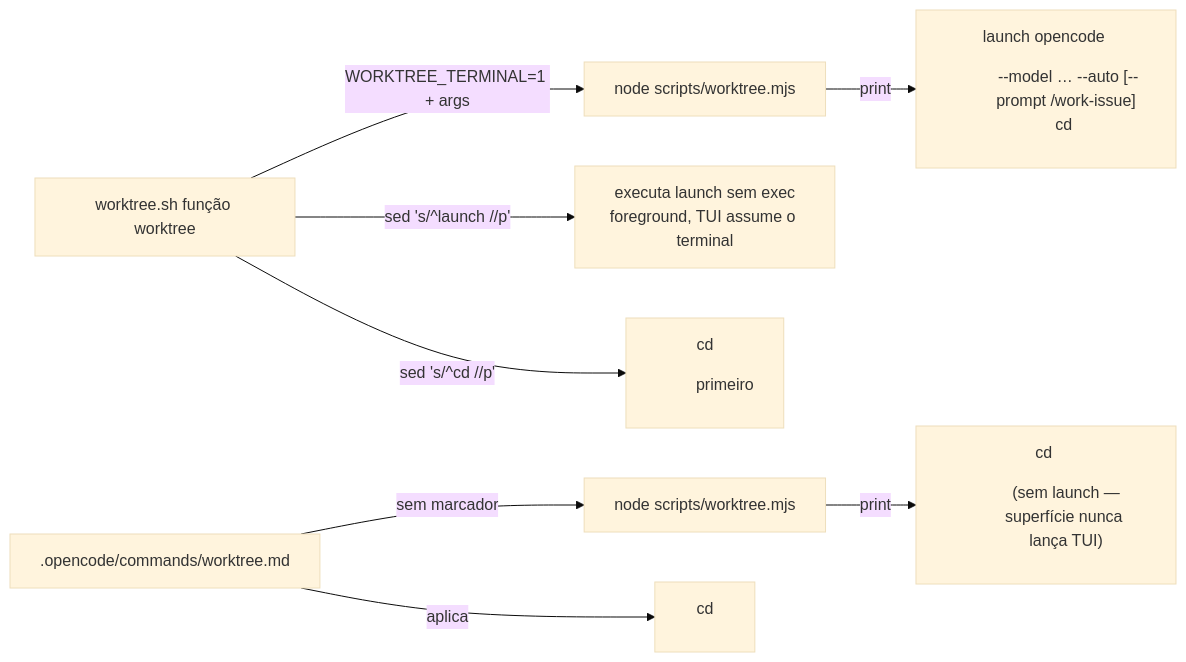
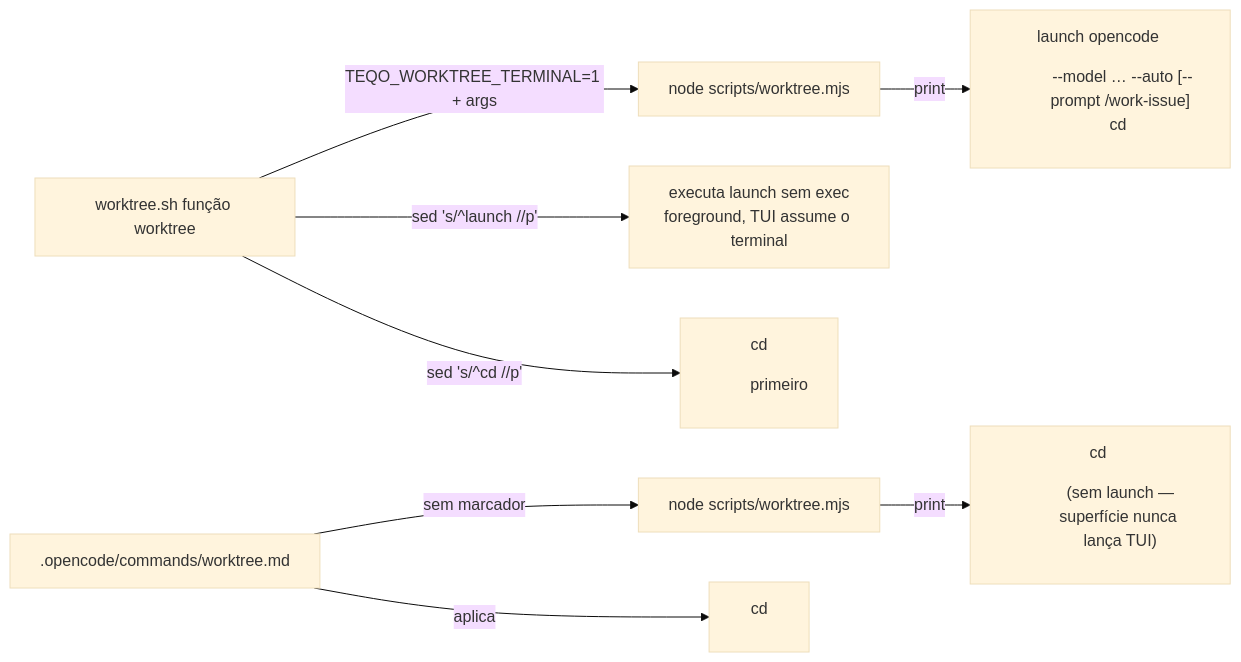
The diagram in docs/plans/worktree-go-abre-opencode-com-presets-impl.md (fsolla/teqo), drawn with Mermaid (base theme) before and after one commit. The commit also changed other lines of this file and 10 other files, not shown here.

````diff
--- a/docs/plans/worktree-go-abre-opencode-com-presets-impl.md
+++ b/docs/plans/worktree-go-abre-opencode-com-presets-impl.md
@@ -17,10 +17,10 @@
 ```mermaid
 flowchart LR
-  S[worktree.sh função worktree] -->|WORKTREE_TERMINAL=1 + args| N[node scripts/worktree.mjs]
+  S[worktree.sh função worktree] -->|TEQO_WORKTREE_TERMINAL=1 + args| N[node scripts/worktree.mjs]
   N -->|print| CD["launch opencode <dir> --model … --auto [--prompt /work-issue]<br/>cd <dir>"]
   S -->|sed 's/^launch //p'| L[executa launch sem exec<br/>foreground, TUI assume o terminal]
   S -->|sed 's/^cd //p'| D[cd <dir> primeiro]
   C[.opencode/commands/worktree.md] -->|sem marcador| N2[node scripts/worktree.mjs]
   N2 -->|print| CD2["cd <dir> (sem launch — superfície nunca lança TUI)"]
   C -->|aplica| D2[cd <dir>]
 ```
````
